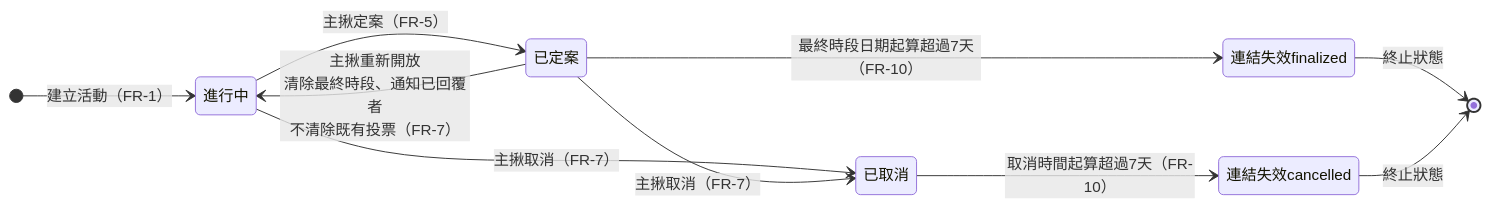
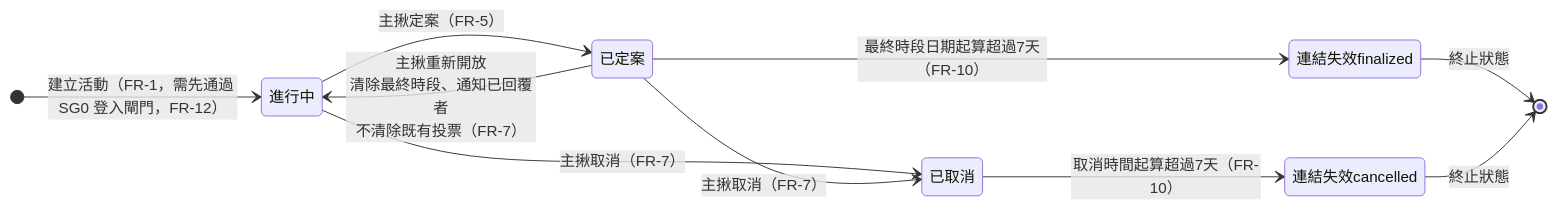
Before and after one commit to That-is-so-sweet/PRD: the second of 2 diagrams in 開發規格/流程圖.md, drawn with Mermaid. The commit also changed other lines of this file and 12 other files, not shown here.

````diff
--- a/開發規格/流程圖.md
+++ b/開發規格/流程圖.md
@@ -89,13 +118,13 @@
 ```mermaid
 stateDiagram-v2
     direction LR
-    [*] --> 進行中 : 建立活動（FR-1）
+    [*] --> 進行中 : 建立活動（FR-1，需先通過 SG0 登入閘門，FR-12）
     進行中 --> 已定案 : 主揪定案（FR-5）
     已定案 --> 連結失效finalized : 最終時段日期起算超過7天（FR-10）
     連結失效finalized --> [*] : 終止狀態
     進行中 --> 已取消 : 主揪取消（FR-7）
     已定案 --> 已取消 : 主揪取消（FR-7）
     已取消 --> 連結失效cancelled : 取消時間起算超過7天（FR-10）
     連結失效cancelled --> [*] : 終止狀態
     已定案 --> 進行中 : 主揪重新開放<br/>清除最終時段、通知已回覆者<br/>不清除既有投票（FR-7）
 ```
````
